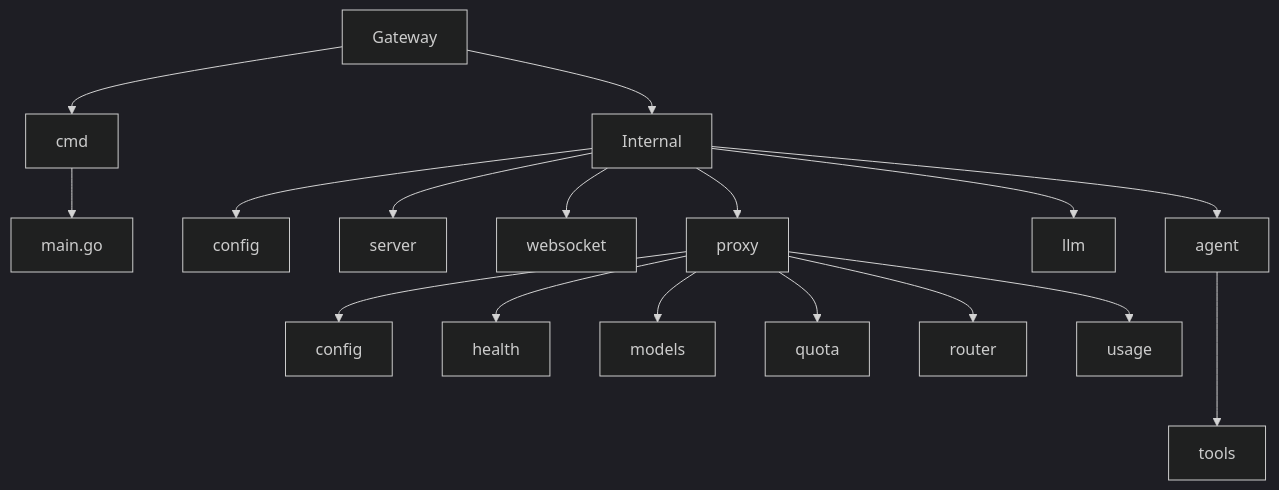
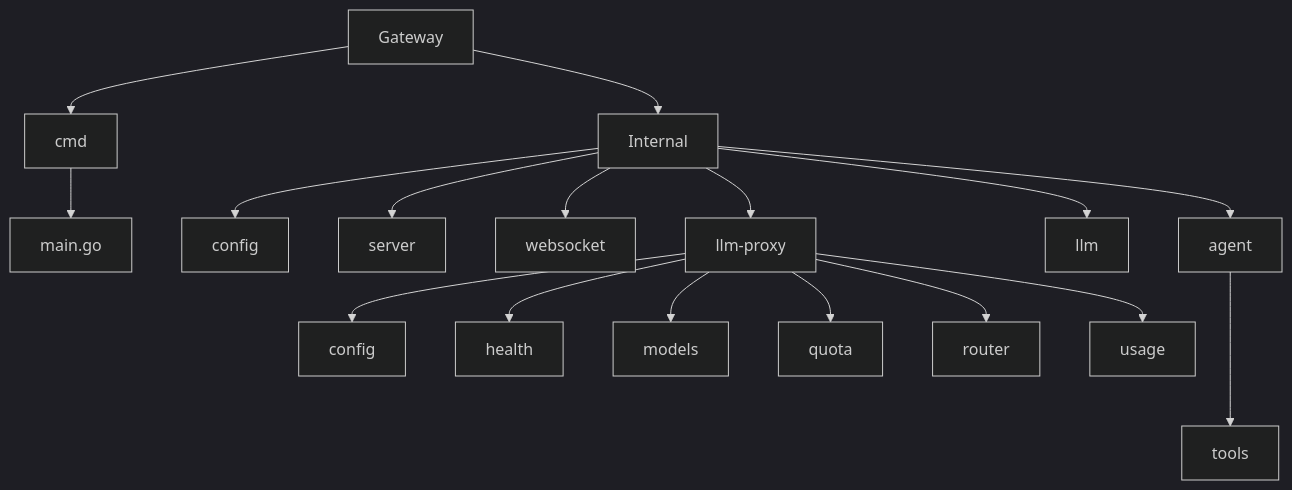
Before and after one commit to radch-ai/ava: the second of 2 diagrams in docs/README.md, drawn with Mermaid (dark theme). The commit also changed other lines of this file and 2 other files, not shown here.

Commit message:
docs: consistently use "LLM Proxy" terminology
- Update system overview: "Proxy Layer" -> "LLM Proxy"
- Update package structure: "proxy" -> "llm-proxy"
- Update data flows: "Proxy Request" -> "LLM Proxy Request"
- Update llm-proxy README title to "LLM Proxy Handler Flow"
- Clarify llm-proxy acts as intermediary between agents and LLM providers

````diff
--- a/docs/README.md
+++ b/docs/README.md
@@ -68,25 +68,25 @@
 ```mermaid
 flowchart TB
     Gateway[Gateway]
 
     Gateway --> CMD[cmd]
     Gateway --> Internal
 
     CMD --> Main[main.go]
 
     Internal --> Config[config]
     Internal --> Server[server]
     Internal --> WebSocket[websocket]
     Internal --> Agent[agent]
     Internal --> LLM[llm]
-    Internal --> Proxy[proxy]
+    Internal --> LLMProxy[llm-proxy]
 
     Agent ---> AgentTools[tools]
 
-    Proxy --> PConfig[config]
-    Proxy --> PHealth[health]
-    Proxy --> PModels[models]
-    Proxy --> PQuota[quota]
-    Proxy --> PRouter[router]
-    Proxy --> PUsage[usage]
+    LLMProxy --> PConfig[config]
+    LLMProxy --> PHealth[health]
+    LLMProxy --> PModels[models]
+    LLMProxy --> PQuota[quota]
+    LLMProxy --> PRouter[router]
+    LLMProxy --> PUsage[usage]
 ```
````
